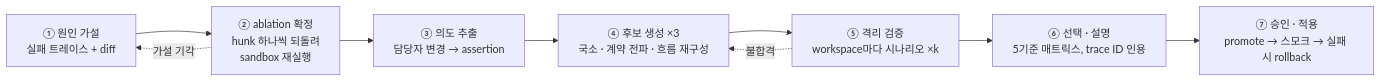
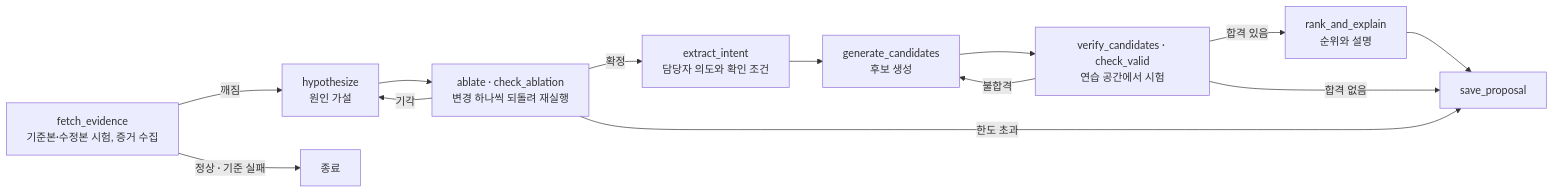
The second of 2 diagrams in docs/skillops-design.md (SKALA-2026-10-team4/ai-agent-capstone), drawn with Mermaid before and after one commit. The commit also changed other lines of this file and 46 other files, not shown here.

````diff
--- a/docs/skillops-design.md
+++ b/docs/skillops-design.md
@@ -92,11 +99,15 @@
 ```mermaid
 flowchart LR
-  S1[① 원인 가설<br/>실패 트레이스 + diff] --> S2[② ablation 확정<br/>hunk 하나씩 되돌려<br/>sandbox 재실행]
-  S2 --> S3[③ 의도 추출<br/>담당자 변경 → assertion]
-  S3 --> S4[④ 후보 생성 ×3<br/>국소 · 계약 전파 · 흐름 재구성]
-  S4 --> S5[⑤ 격리 검증<br/>workspace마다 시나리오 ×k]
-  S5 --> S6[⑥ 선택 · 설명<br/>5기준 매트릭스, trace ID 인용]
-  S6 --> S7[⑦ 승인 · 적용<br/>promote → 스모크 → 실패 시 rollback]
-  S2 -. 가설 기각 .-> S1
-  S5 -. 불합격 .-> S4
+  A[fetch_evidence<br/>기준본·수정본 시험, 증거 수집] -->|깨짐| B[hypothesize<br/>원인 가설]
+  A -->|정상 · 기준 실패| Z[종료]
+  B --> C[ablate · check_ablation<br/>변경 하나씩 되돌려 재실행]
+  C -->|확정| D[extract_intent<br/>담당자 의도와 확인 조건]
+  C -->|기각| B
+  D --> E[generate_candidates<br/>후보 생성]
+  E --> F[verify_candidates · check_valid<br/>연습 공간에서 시험]
+  F -->|불합격| E
+  F -->|합격 있음| G[rank_and_explain<br/>순위와 설명]
+  G --> S[save_proposal]
+  F -->|합격 없음| S
+  C -->|한도 초과| S
 ```
````
